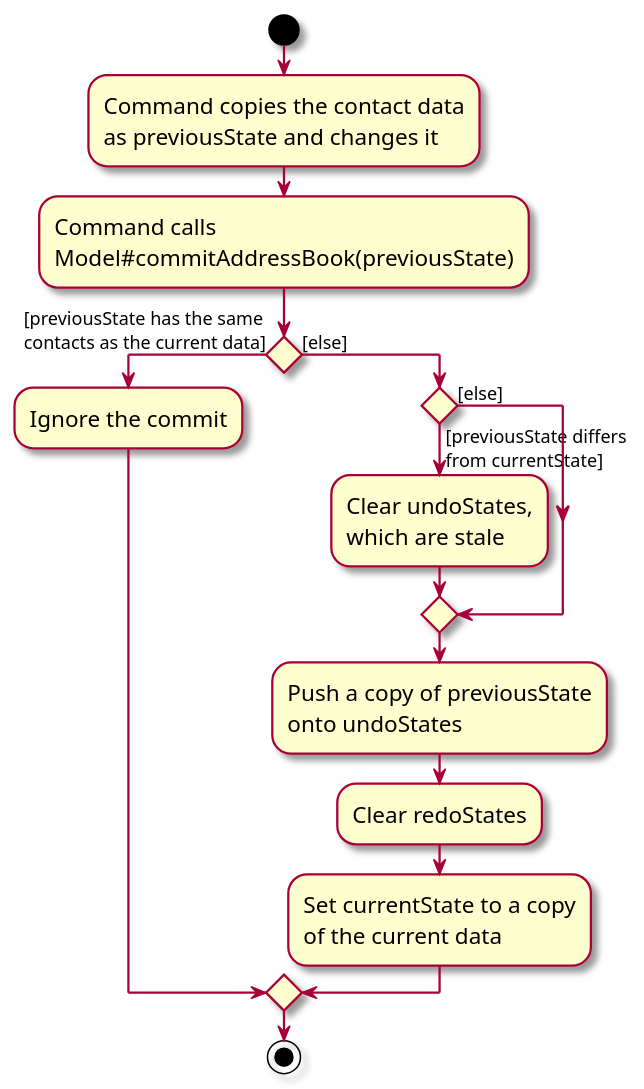
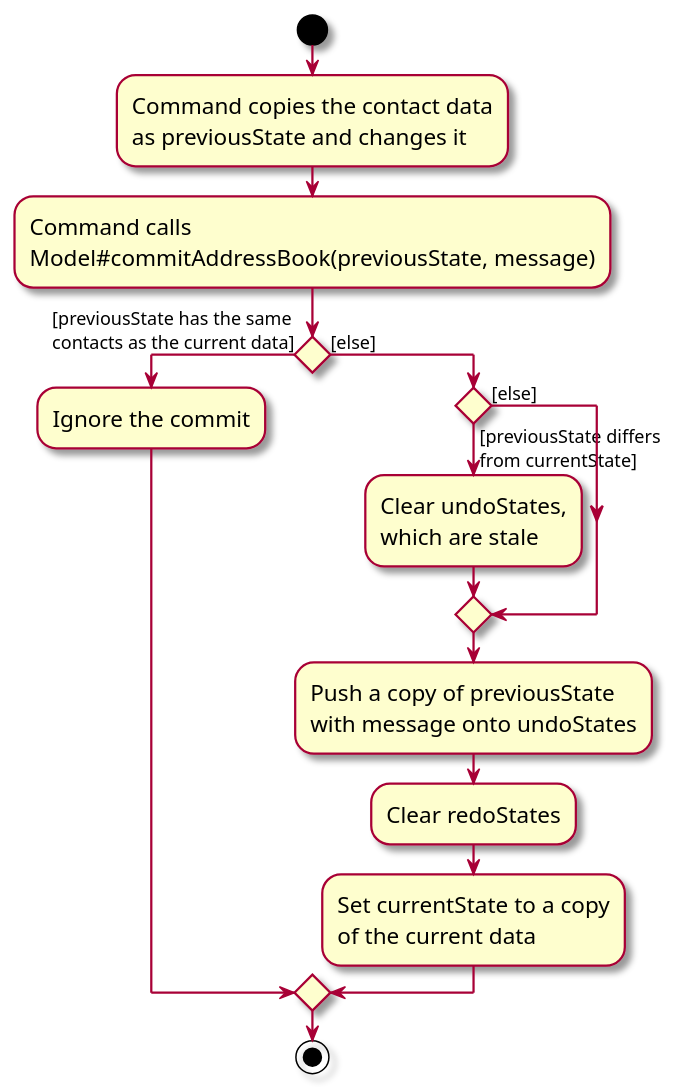
The diagram in diagrams/CommitActivityDiagram.puml (AY2627S1-CS2103T-F15-3/tp), drawn with PlantUML before and after one commit. The commit also changed 31 other files, not shown here.

```diff
--- a/diagrams/CommitActivityDiagram.puml
+++ b/diagrams/CommitActivityDiagram.puml
@@ -1,31 +1,31 @@
 @startuml
 skin rose
 skinparam ActivityFontSize 15
 skinparam ArrowFontSize 12
 start
 :Command copies the contact data
 as previousState and changes it;
 :Command calls
-Model#commitAddressBook(previousState);
+Model#commitAddressBook(previousState, message);
 
 'Since the beta syntax does not support placing the condition outside the
 'diamond we place it as the true branch instead.
 
 if () then ([previousState has the same
 contacts as the current data])
     :Ignore the commit;
 else ([else])
     if () then ([previousState differs
 from currentState])
         :Clear undoStates,
         which are stale;
     else ([else])
     endif
     :Push a copy of previousState
-    onto undoStates;
+    with message onto undoStates;
     :Clear redoStates;
     :Set currentState to a copy
     of the current data;
 endif
 stop
 @enduml
```
